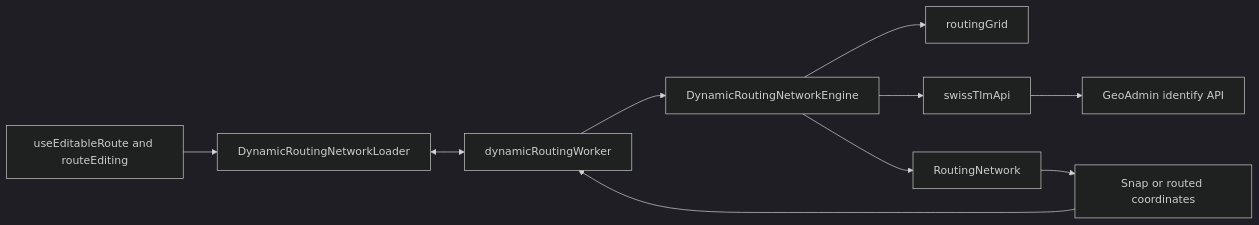
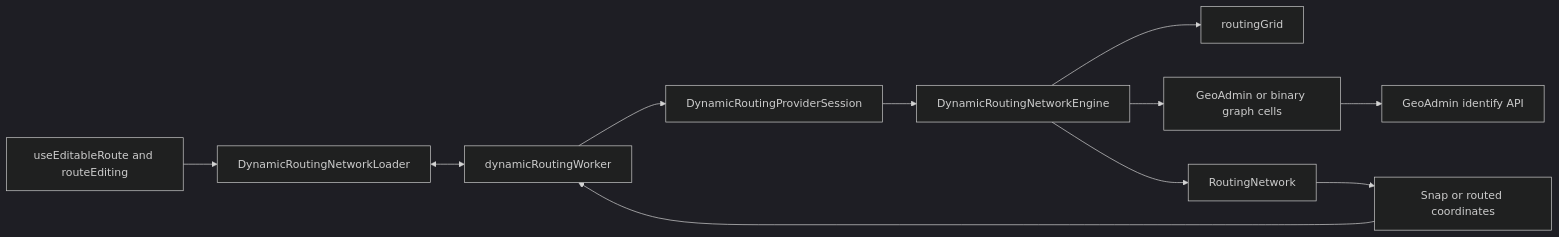
The diagram in docs/ROUTING.md (egofree71/via-helvetica), drawn with Mermaid (dark theme) before and after one commit. The commit also changed other lines of this file and 55 other files, not shown here.

````diff
--- a/docs/ROUTING.md
+++ b/docs/ROUTING.md
@@ -58,12 +71,13 @@
 ```mermaid
 flowchart LR
     Editor[useEditableRoute and routeEditing] --> Facade[DynamicRoutingNetworkLoader]
     Facade <--> Worker[dynamicRoutingWorker]
-    Worker --> Engine[DynamicRoutingNetworkEngine]
+    Worker --> Session[DynamicRoutingProviderSession]
+    Session --> Engine[DynamicRoutingNetworkEngine]
     Engine --> Grid[routingGrid]
-    Engine --> Provider[swissTlmApi]
+    Engine --> Provider[GeoAdmin or binary graph cells]
     Engine --> Router[RoutingNetwork]
     Provider --> GeoAdmin[GeoAdmin identify API]
     Router --> Result[Snap or routed coordinates]
     Result --> Worker
 ```
````
